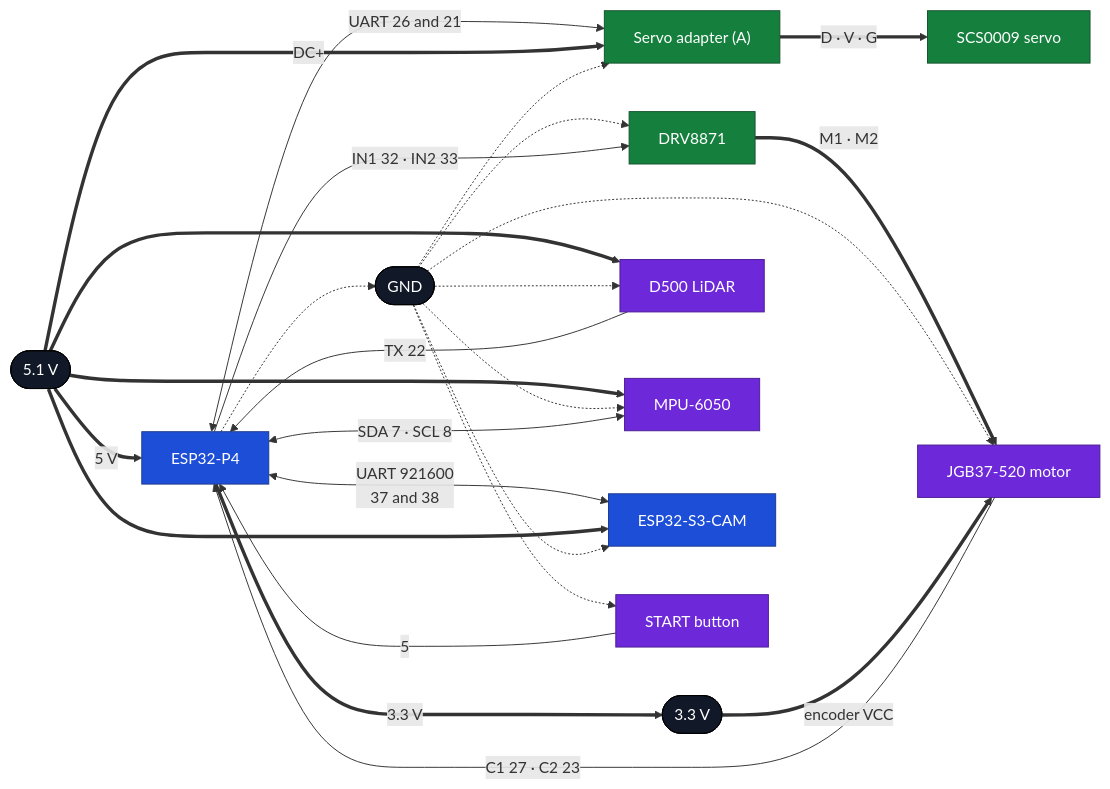
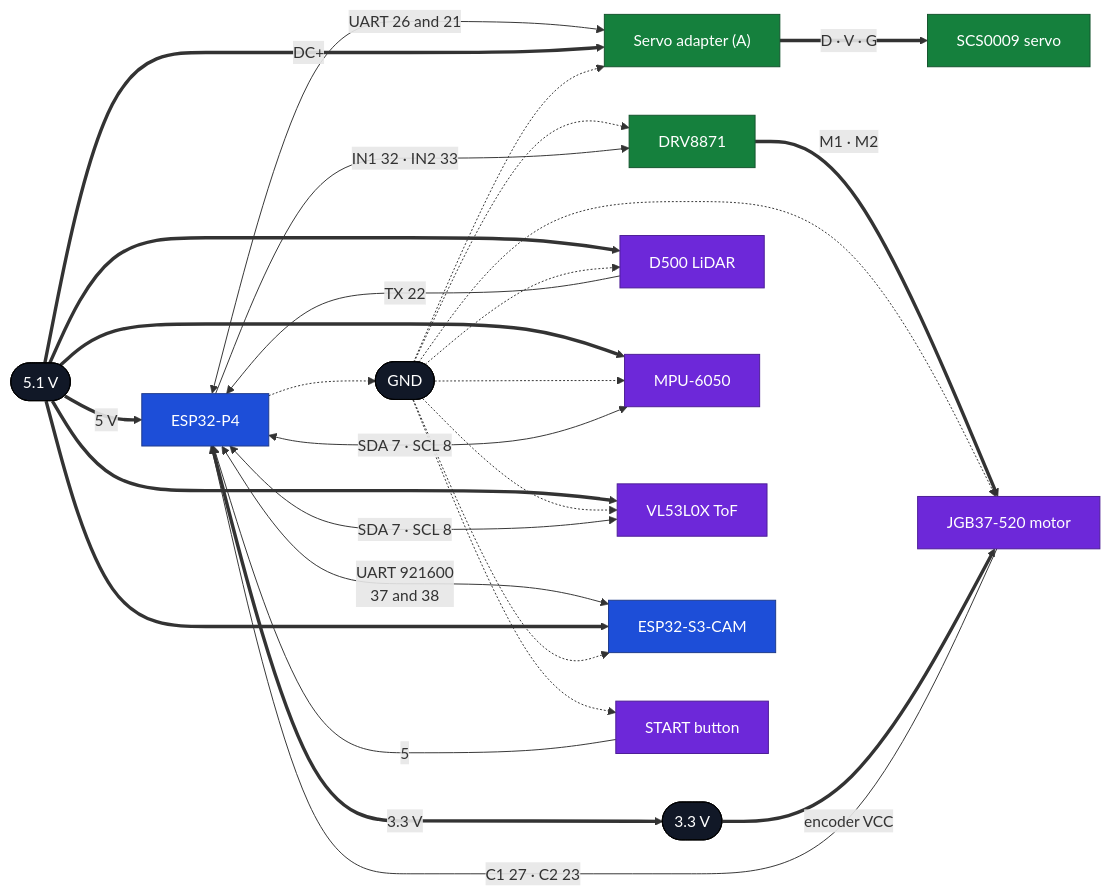
The fifth of 5 diagrams in docs/ELECTRONICS.md (Eddym06/AutoNex), drawn with Mermaid before and after one commit. The commit also changed other lines of this file and 20 other files, not shown here.

````diff
--- a/docs/ELECTRONICS.md
+++ b/docs/ELECTRONICS.md
@@ -451,57 +468,62 @@
 ```mermaid
 flowchart LR
     BUS(["5.1 V"])
     V33(["3.3 V"])
     GND(["GND"])
 
     P4["ESP32-P4"]
 
     DRV["DRV8871"]
     MOT["JGB37-520 motor"]
     ADP["Servo adapter (A)"]
     SRV["SCS0009 servo"]
     LID["D500 LiDAR"]
     IMU["MPU-6050"]
+    TOF["VL53L0X ToF"]
     S3["ESP32-S3-CAM"]
     BTN["START button"]
 
     BUS ==>|"5 V"| P4
     P4 ==>|"3.3 V"| V33
     P4 -.-> GND
 
     GND -.-> DRV
     P4 -->|"IN1 32 · IN2 33"| DRV
     DRV ==>|"M1 · M2"| MOT
     GND -.-> MOT
     V33 ==>|"encoder VCC"| MOT
     MOT -->|"C1 27 · C2 23"| P4
 
     P4 <-->|"UART 26 and 21"| ADP
     BUS ==>|"DC+"| ADP
     GND -.-> ADP
     ADP ==>|"D · V · G"| SRV
 
     LID -->|"TX 22"| P4
     BUS ==> LID
     GND -.-> LID
 
     IMU <-->|"SDA 7 · SCL 8"| P4
     BUS ==> IMU
     GND -.-> IMU
 
+    TOF <-->|"SDA 7 · SCL 8"| P4
+    BUS ==> TOF
+    GND -.-> TOF
+
     P4 <-->|"UART 921600<br/>37 and 38"| S3
     BUS ==> S3
     GND -.-> S3
 
     BTN -->|"5"| P4
     GND -.-> BTN
 
     classDef rails fill:#111827,stroke:#000000,color:#ffffff
     classDef ctrl fill:#1d4ed8,stroke:#1e3a8a,color:#ffffff
     classDef act fill:#15803d,stroke:#14532d,color:#ffffff
     classDef sen fill:#6d28d9,stroke:#4c1d95,color:#ffffff
     class BUS,V33,GND rails
     class P4,S3 ctrl
     class DRV,SRV,ADP act
-    class MOT,LID,IMU,BTN sen
+    class MOT,LID,IMU,TOF,BTN sen
 ```
````
